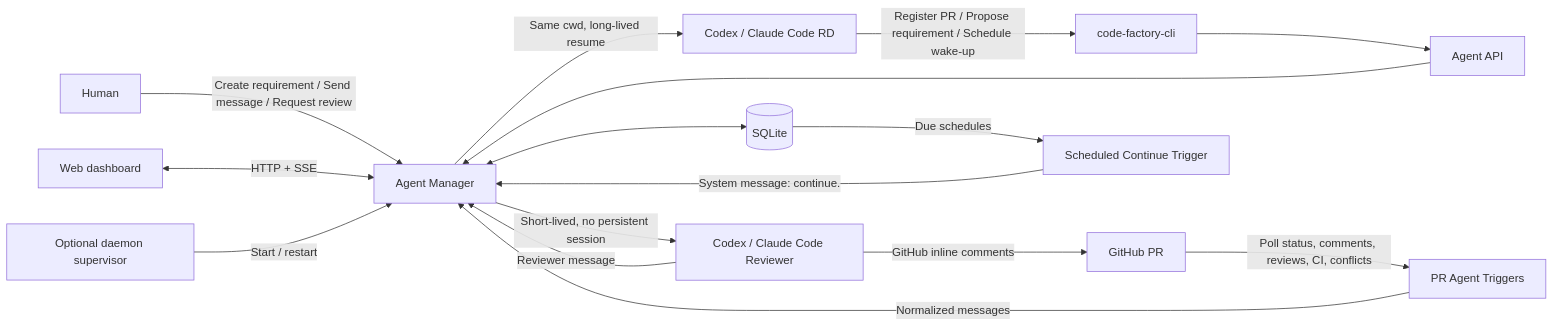
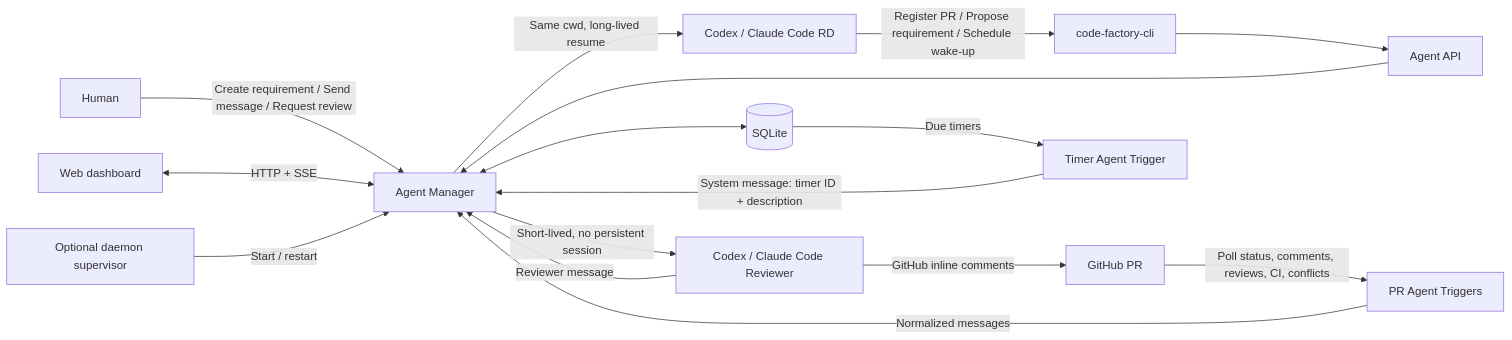
Before and after one commit to luohaha/code-factory: the second of 2 diagrams in docs/architecture.en.md, drawn with Mermaid. The commit also changed other lines of this file and 21 other files, not shown here.

Commit message:
refactor: model scheduled wake-ups as timers

```diff
--- a/docs/architecture.en.md
+++ b/docs/architecture.en.md
@@ -30,18 +30,18 @@
 ~~~mermaid
 flowchart LR
   H[Human] -->|Create requirement / Send message / Request review| M[Agent Manager]
   W[Web dashboard] <-->|HTTP + SSE| M
   S[Optional daemon supervisor] -->|Start / restart| M
   M <--> DB[(SQLite)]
   M -->|Same cwd, long-lived resume| RD[Codex / Claude Code RD]
   M -->|Short-lived, no persistent session| RV[Codex / Claude Code Reviewer]
   RD -->|Register PR / Propose requirement / Schedule wake-up| CLI[code-factory-cli]
   CLI --> API[Agent API]
   API --> M
   RV -->|GitHub inline comments| GH[GitHub PR]
   GH -->|Poll status, comments, reviews, CI, conflicts| T[PR Agent Triggers]
-  DB -->|Due schedules| ST[Scheduled Continue Trigger]
-  ST -->|System message: continue.| M
+  DB -->|Due timers| ST[Timer Agent Trigger]
+  ST -->|System message: timer ID + description| M
   T -->|Normalized messages| M
   RV -->|Reviewer message| M
 ~~~
```
